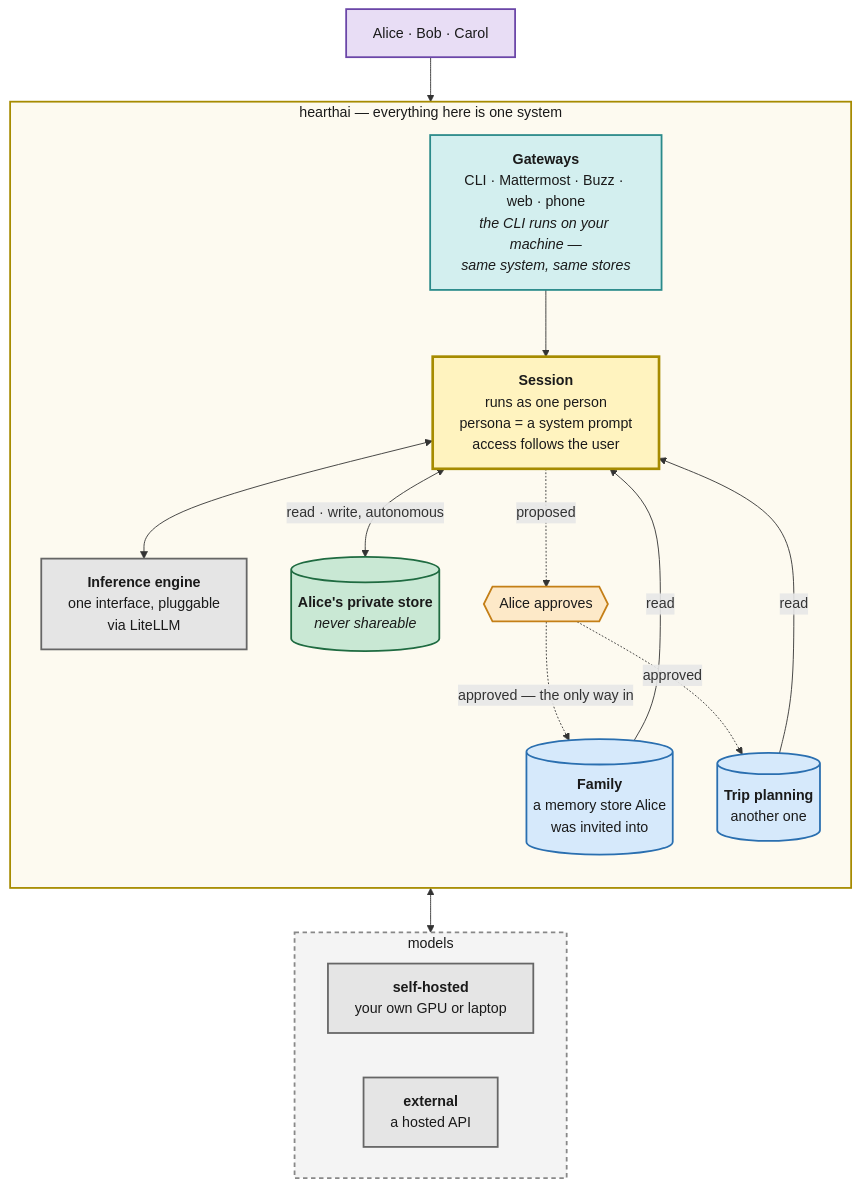
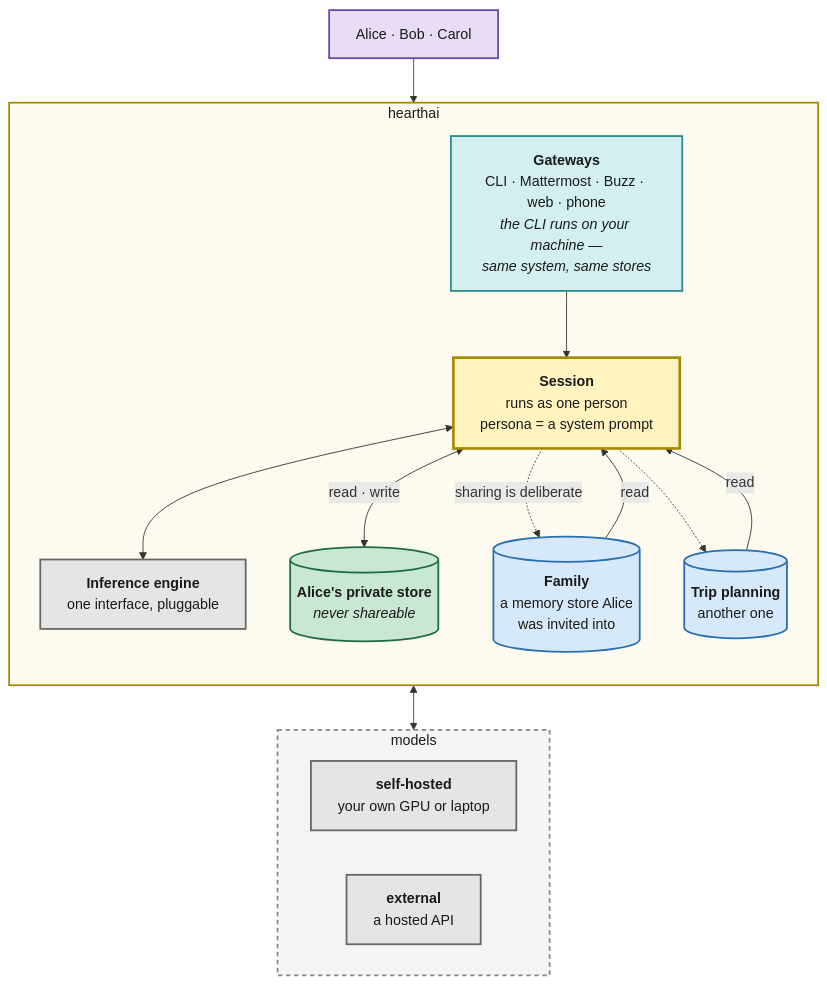
Before and after one commit to jokajak/hearthai: the diagram in README.md, drawn with Mermaid. The commit also changed other lines of this file and 1 other file, not shown here.

````diff
--- a/README.md
+++ b/README.md
@@ -23,43 +27,40 @@
 ```mermaid
 flowchart TB
     U["Alice · Bob · Carol"]:::person
 
-    subgraph HAI["hearthai — everything here is one system"]
+    subgraph HAI["hearthai"]
         direction TB
         GW["<b>Gateways</b><br/>CLI · Mattermost · Buzz · web · phone<br/><i>the CLI runs on your machine —<br/>same system, same stores</i>"]:::ui
-        CORE["<b>Session</b><br/>runs as one person<br/>persona = a system prompt<br/>access follows the user"]:::core
+        CORE["<b>Session</b><br/>runs as one person<br/>persona = a system prompt"]:::core
         PRIV[("<b>Alice's private store</b><br/><i>never shareable</i>")]:::priv
-        OK{{"Alice approves"}}:::gate
         SH1[("<b>Family</b><br/>a memory store Alice<br/>was invited into")]:::shared
         SH2[("<b>Trip planning</b><br/>another one")]:::shared
-        INF["<b>Inference engine</b><br/>one interface, pluggable<br/>via LiteLLM"]:::inf
+        INF["<b>Inference engine</b><br/>one interface, pluggable"]:::inf
 
         GW --> CORE
         CORE <--> INF
-        CORE <-->|"read · write, autonomous"| PRIV
+        CORE <-->|"read · write"| PRIV
         SH1 -->|read| CORE
         SH2 -->|read| CORE
-        CORE -. "proposed" .-> OK
-        OK -. "approved — the only way in" .-> SH1
-        OK -. "approved" .-> SH2
+        CORE -. "sharing is deliberate" .-> SH1
+        CORE -.-> SH2
     end
 
     subgraph MODELS["models"]
         direction LR
         SELF["<b>self-hosted</b><br/>your own GPU or laptop"]:::inf
         EXT["<b>external</b><br/>a hosted API"]:::inf
     end
 
     U --> GW
     INF <--> MODELS
 
     classDef person fill:#e8ddf5,stroke:#6b46a8,stroke-width:2px,color:#1a1a1a
     classDef ui fill:#d3efef,stroke:#2a8a8a,stroke-width:2px,color:#1a1a1a
-    classDef gate fill:#fde9c8,stroke:#c47f17,stroke-width:2px,color:#1a1a1a
     classDef core fill:#fff3bf,stroke:#a68b00,stroke-width:3px,color:#1a1a1a
     classDef inf fill:#e5e5e5,stroke:#666666,stroke-width:2px,color:#1a1a1a
     classDef priv fill:#c9e8d4,stroke:#1f6b41,stroke-width:2px,color:#1a1a1a
     classDef shared fill:#d6e9fb,stroke:#2a6fb0,stroke-width:2px,color:#1a1a1a
     style HAI fill:#fdfaf0,stroke:#a68b00,stroke-width:2px,color:#1a1a1a
     style MODELS fill:#f4f4f4,stroke:#888888,stroke-width:2px,stroke-dasharray:5 4,color:#1a1a1a
 ```
````
